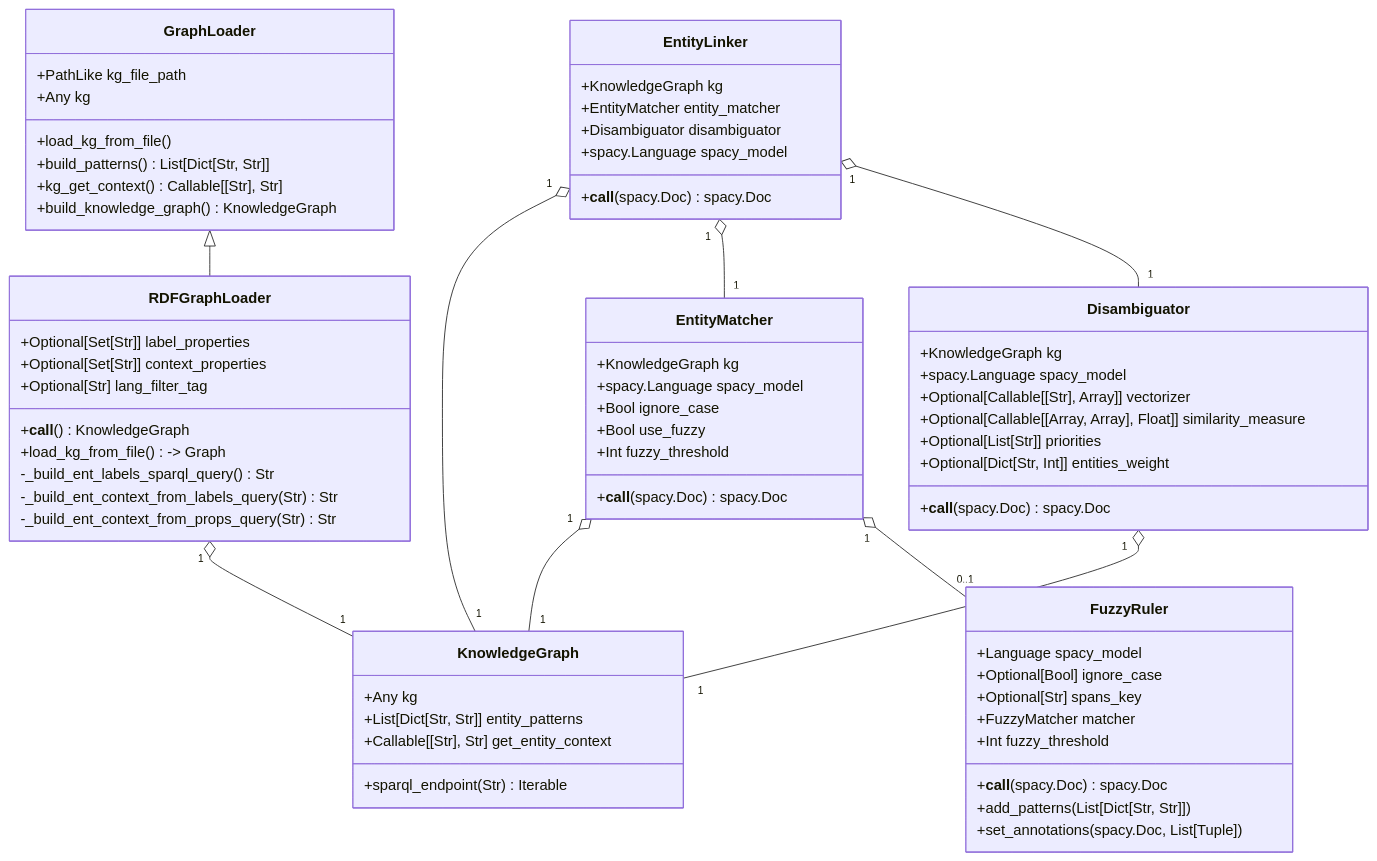
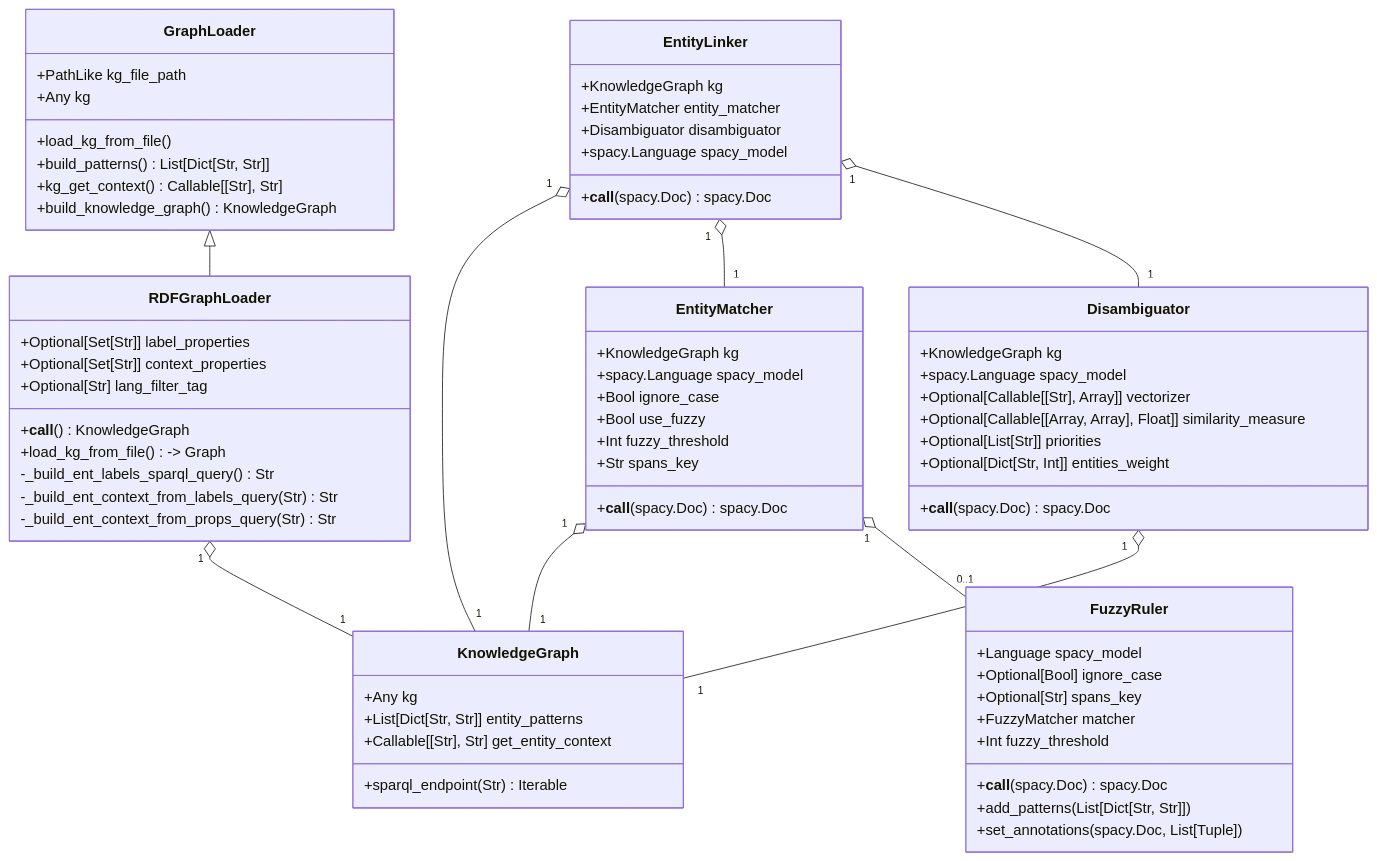
One commit to schmarion/buzz-el changed the diagram in docs/dev_doc.md. Above: the diagram before and after it, drawn with Mermaid. The commit also changed 7 other files, not shown here.

```diff
--- a/docs/dev_doc.md
+++ b/docs/dev_doc.md
@@ -19,6 +19,7 @@
         +Bool ignore_case
         +Bool use_fuzzy
         +Int fuzzy_threshold
+        +Str spans_key
 
         +__call__(spacy.Doc) spacy.Doc
 	}
```
